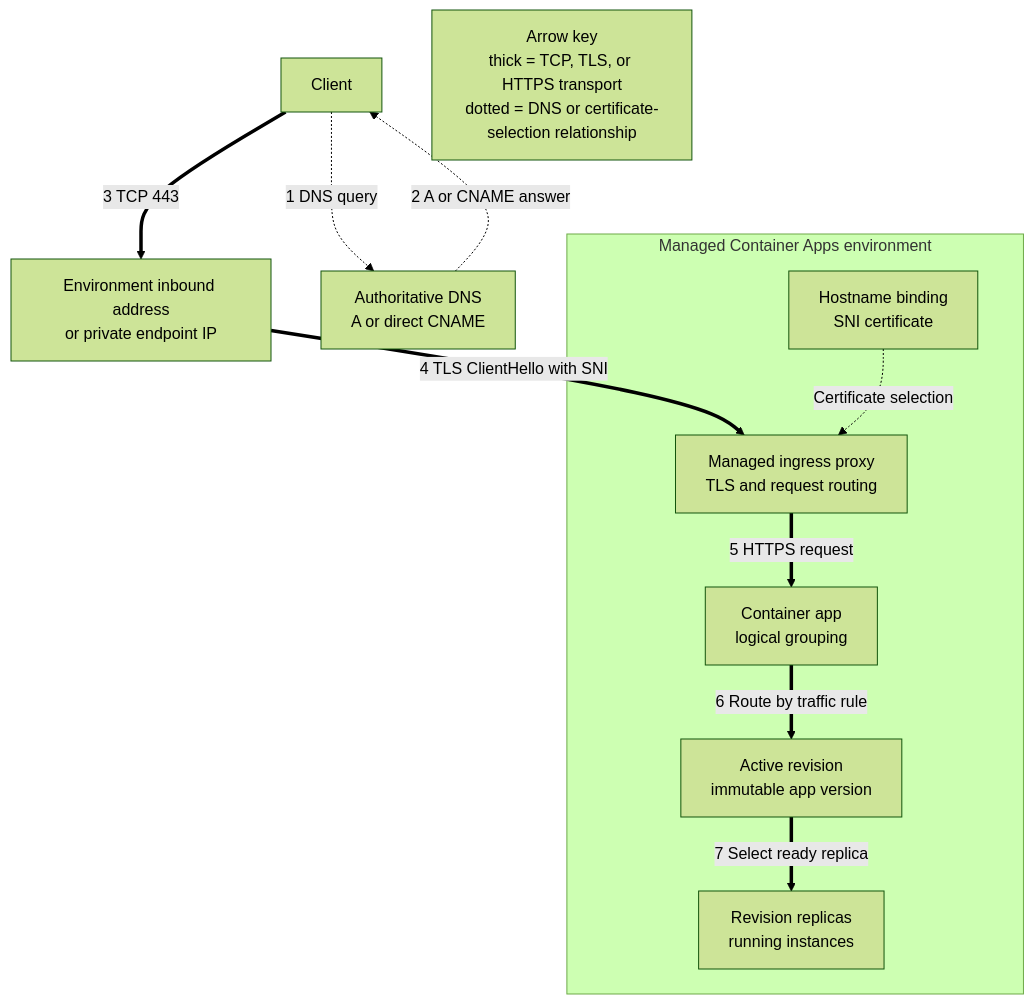
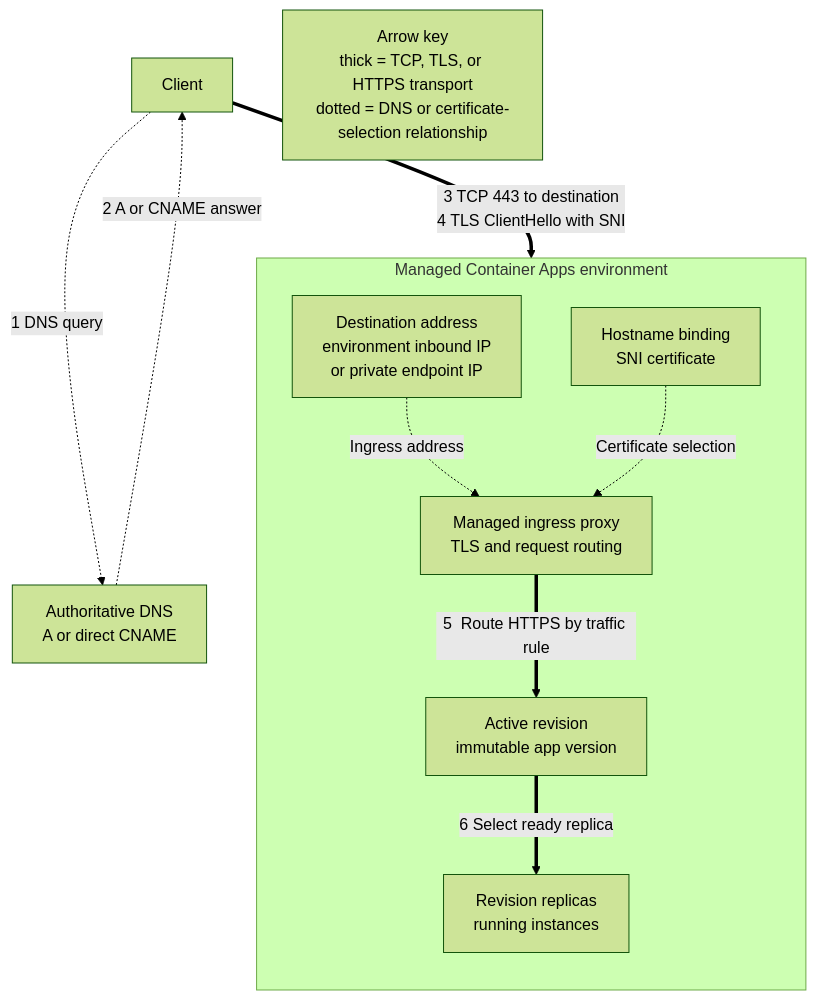
The diagram in docs/operations/custom-domains/index.md (yeongseon/azure-container-apps-practical-guide), drawn with Mermaid (forest theme) before and after one commit. The commit also changed other lines of this file, not shown here.

Commit message:
fix(custom-domains): align request flow with ingress base

````diff
--- a/docs/operations/custom-domains/index.md
+++ b/docs/operations/custom-domains/index.md
@@ -64,28 +64,27 @@
 ```mermaid
 flowchart TD
     accTitle: Custom domain DNS, TCP, TLS, and app routing path
     accDescr: A client first resolves an apex A record or subdomain CNAME. It then opens TCP port 443, negotiates TLS by using the hostname and its SNI certificate binding, and sends the HTTPS request through managed ingress to an active revision and replica.
 
     CLIENT["Client"]
     DNS["Authoritative DNS<br/>A or direct CNAME"]
-    ADDRESS["Environment inbound address<br/>or private endpoint IP"]
 
     subgraph ENV["Managed Container Apps environment"]
+        direction TB
+        ADDRESS["Destination address<br/>environment inbound IP<br/>or private endpoint IP"]
         INGRESS["Managed ingress proxy<br/>TLS and request routing"]
         CERT["Hostname binding<br/>SNI certificate"]
-        APP["Container app<br/>logical grouping"]
         REV_ACTIVE["Active revision<br/>immutable app version"]
         REPLICAS["Revision replicas<br/>running instances"]
     end
 
     CLIENT -.->|"1  DNS query"| DNS
     DNS -.->|"2  A or CNAME answer"| CLIENT
-    CLIENT ==>|"3  TCP 443"| ADDRESS
-    ADDRESS ==>|"4  TLS ClientHello with SNI"| INGRESS
+    ADDRESS -.->|"Ingress address"| INGRESS
+    CLIENT ==>|"3  TCP 443 to destination<br/>4  TLS ClientHello with SNI"| INGRESS
     CERT -.->|"Certificate selection"| INGRESS
-    INGRESS ==>|"5  HTTPS request"| APP
-    APP ==>|"6  Route by traffic rule"| REV_ACTIVE
-    REV_ACTIVE ==>|"7  Select ready replica"| REPLICAS
+    INGRESS ==>|"5  Route HTTPS by traffic rule"| REV_ACTIVE
+    REV_ACTIVE ==>|"6  Select ready replica"| REPLICAS
 
     LEGEND["Arrow key<br/>thick = TCP, TLS, or HTTPS transport<br/>dotted = DNS or certificate-selection relationship"]
 ```
````
